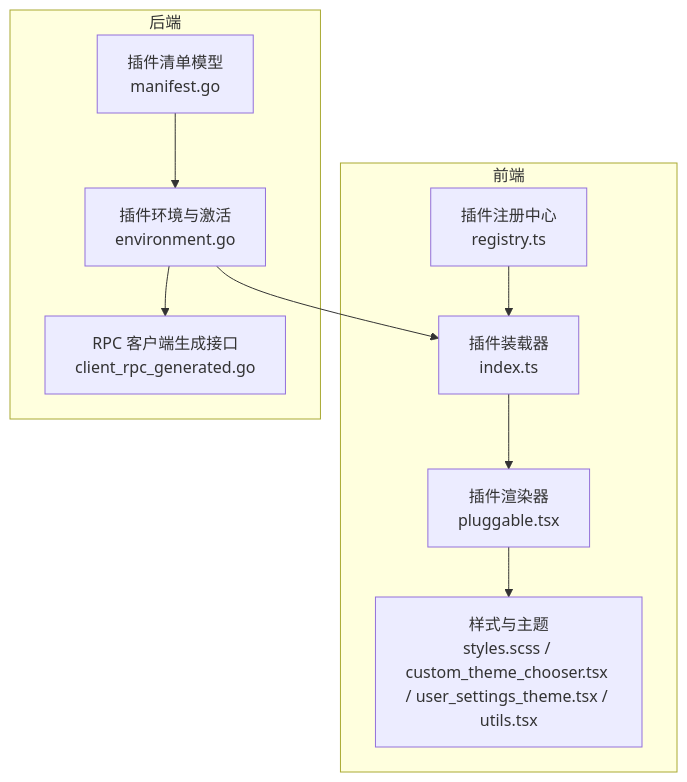
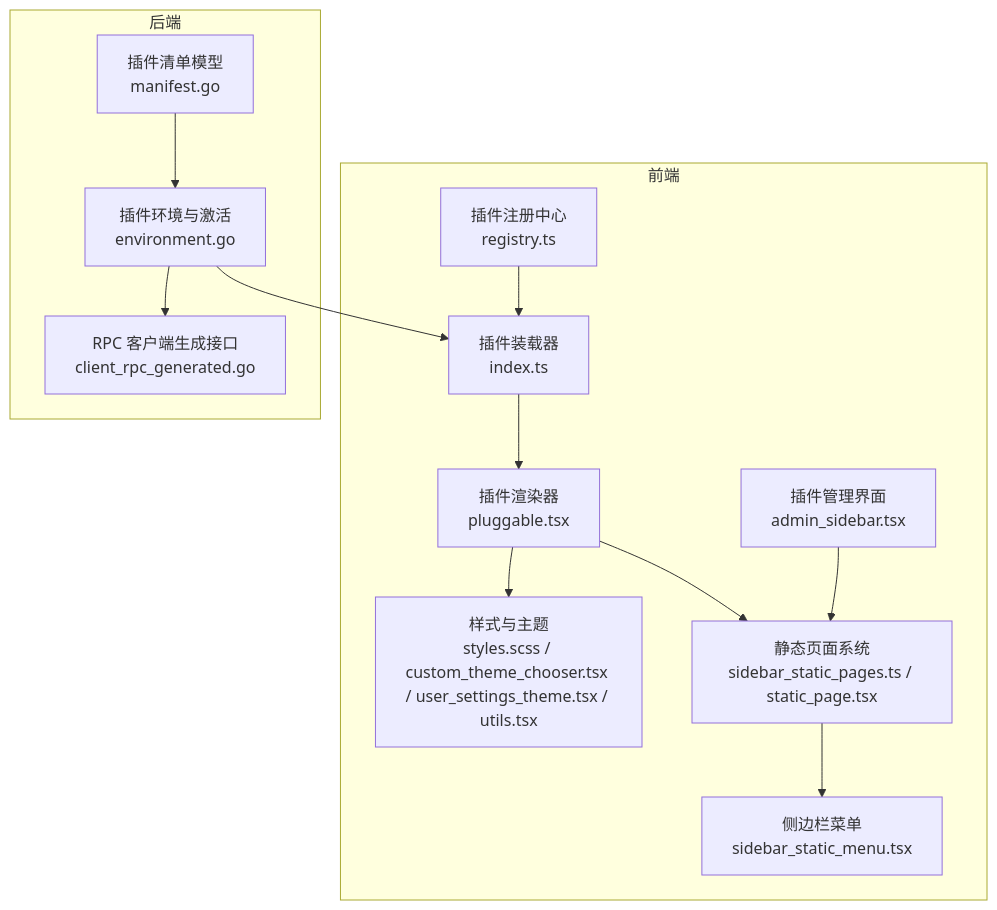
One commit to frankMa-1993/mattermost changed the first of 3 diagrams in .qoder/repowiki/zh/content/插件开发/前端插件开发.md. Above: the diagram before and after it, drawn with Mermaid. The commit also changed other lines of this file and 7 other files, not shown here.

````diff
--- a/.qoder/repowiki/zh/content/插件开发/前端插件开发.md
+++ b/.qoder/repowiki/zh/content/插件开发/前端插件开发.md
@@ -38,20 +54,26 @@
 ```mermaid
 graph TB
 subgraph "前端"
 R["插件注册中心<br/>registry.ts"]
 L["插件装载器<br/>index.ts"]
 P["插件渲染器<br/>pluggable.tsx"]
 S["样式与主题<br/>styles.scss / custom_theme_chooser.tsx / user_settings_theme.tsx / utils.tsx"]
+SP["静态页面系统<br/>sidebar_static_pages.ts / static_page.tsx"]
+SM["侧边栏菜单<br/>sidebar_static_menu.tsx"]
+AP["插件管理界面<br/>admin_sidebar.tsx"]
 end
 subgraph "后端"
 M["插件清单模型<br/>manifest.go"]
 E["插件环境与激活<br/>environment.go"]
 RPC["RPC 客户端生成接口<br/>client_rpc_generated.go"]
 end
 R --> L
 L --> P
 P --> S
+P --> SP
+SP --> SM
+AP --> SP
 M --> E
 E --> L
 E --> RPC
 ```
````
